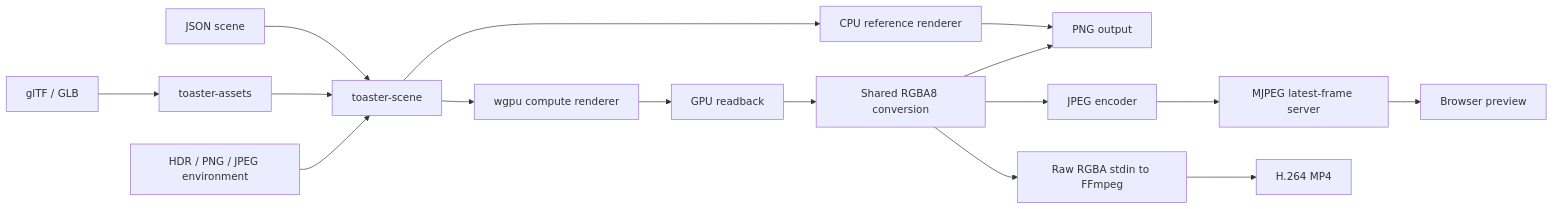
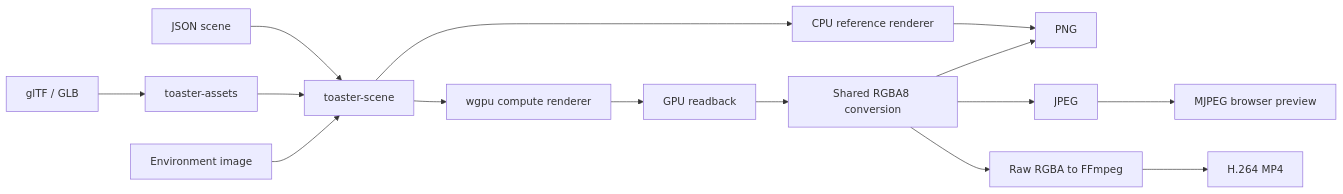
The diagram in README.md (youngpark1516/toaster), drawn with Mermaid before and after one commit. The commit also changed other lines of this file, not shown here.

````diff
--- a/README.md
+++ b/README.md
@@ -30,19 +34,18 @@
 ```mermaid
 flowchart LR
     JSON[JSON scene] --> Scene[toaster-scene]
     GLTF[glTF / GLB] --> Assets[toaster-assets]
     Assets --> Scene
-    Env[HDR / PNG / JPEG environment] --> Scene
+    Env[Environment image] --> Scene
 
     Scene --> CPU[CPU reference renderer]
     Scene --> GPU[wgpu compute renderer]
-    CPU --> PNG[PNG output]
+    CPU --> PNG[PNG]
     GPU --> Readback[GPU readback]
     Readback --> RGBA[Shared RGBA8 conversion]
     RGBA --> PNG
-    RGBA --> JPEG[JPEG encoder]
-    JPEG --> MJPEG[MJPEG latest-frame server]
-    MJPEG --> Browser[Browser preview]
-    RGBA --> FFmpeg[Raw RGBA stdin to FFmpeg]
+    RGBA --> JPEG[JPEG]
+    JPEG --> Browser[MJPEG browser preview]
+    RGBA --> FFmpeg[Raw RGBA to FFmpeg]
     FFmpeg --> MP4[H.264 MP4]
 ```
````
